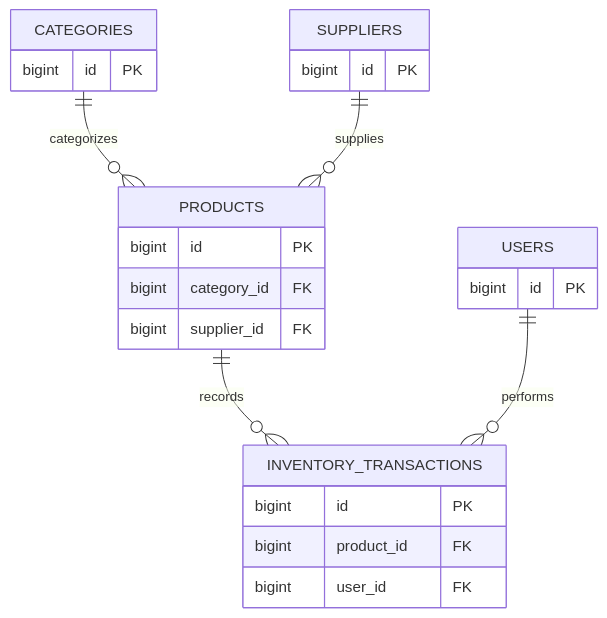
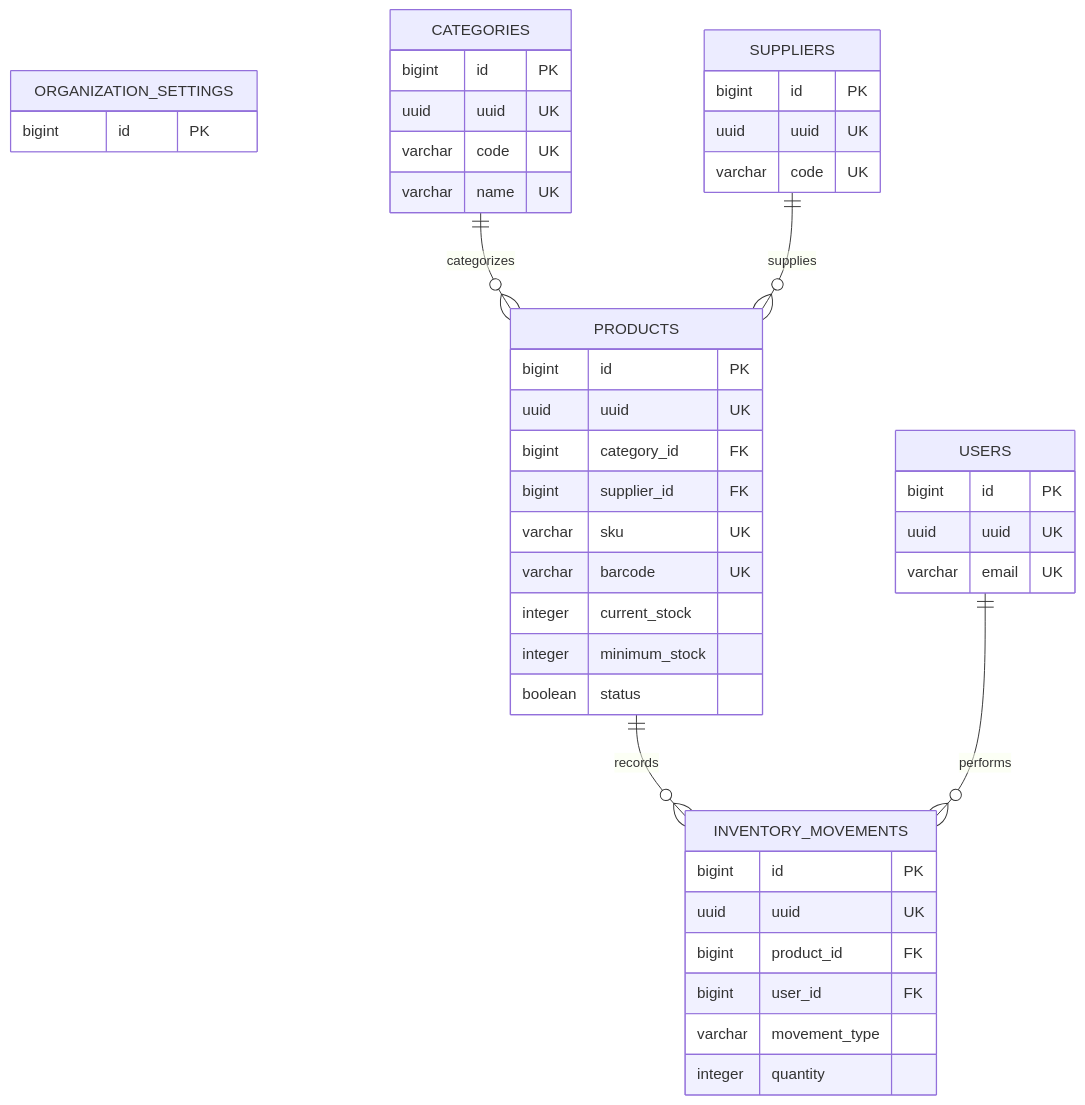
Before and after one commit to astrellasr/pharmora: the diagram in docs/database/design/erd.md, drawn with Mermaid. The commit also changed other lines of this file, not shown here.

Commit message:
docs(database): finalize mermaid entity relationship diagram

````diff
--- a/docs/database/design/erd.md
+++ b/docs/database/design/erd.md
@@ -55,35 +53,62 @@
 ```mermaid
 erDiagram
 
     USERS {
         bigint id PK
+        uuid uuid UK
+        varchar email UK
+    }
+
+    ORGANIZATION_SETTINGS {
+        bigint id PK
     }
 
     CATEGORIES {
         bigint id PK
+        uuid uuid UK
+        varchar code UK
+        varchar name UK
     }
 
     SUPPLIERS {
         bigint id PK
+        uuid uuid UK
+        varchar code UK
     }
 
     PRODUCTS {
         bigint id PK
+        uuid uuid UK
+
         bigint category_id FK
         bigint supplier_id FK
+
+        varchar sku UK
+        varchar barcode UK
+
+        integer current_stock
+        integer minimum_stock
+
+        boolean status
     }
 
-    INVENTORY_TRANSACTIONS {
+    INVENTORY_MOVEMENTS {
         bigint id PK
+        uuid uuid UK
+
         bigint product_id FK
         bigint user_id FK
+
+        varchar movement_type
+
+        integer quantity
     }
 
     CATEGORIES ||--o{ PRODUCTS : categorizes
 
     SUPPLIERS ||--o{ PRODUCTS : supplies
 
-    PRODUCTS ||--o{ INVENTORY_TRANSACTIONS : records
+    PRODUCTS ||--o{ INVENTORY_MOVEMENTS : records
 
-    USERS ||--o{ INVENTORY_TRANSACTIONS : performs
+    USERS ||--o{ INVENTORY_MOVEMENTS : performs
 ```
````
